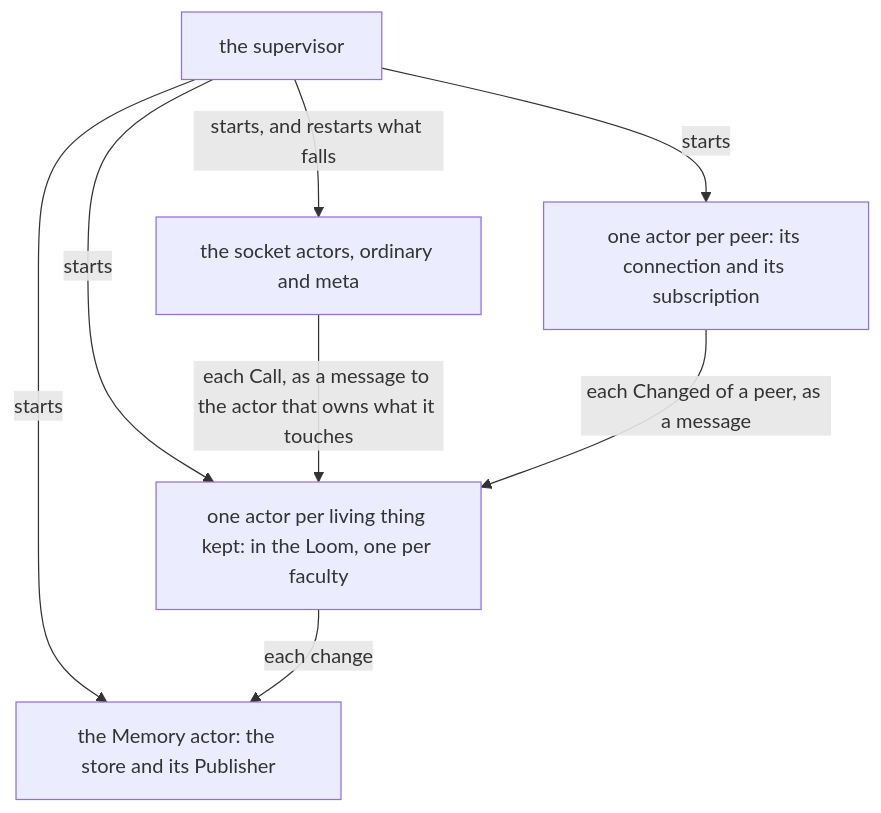
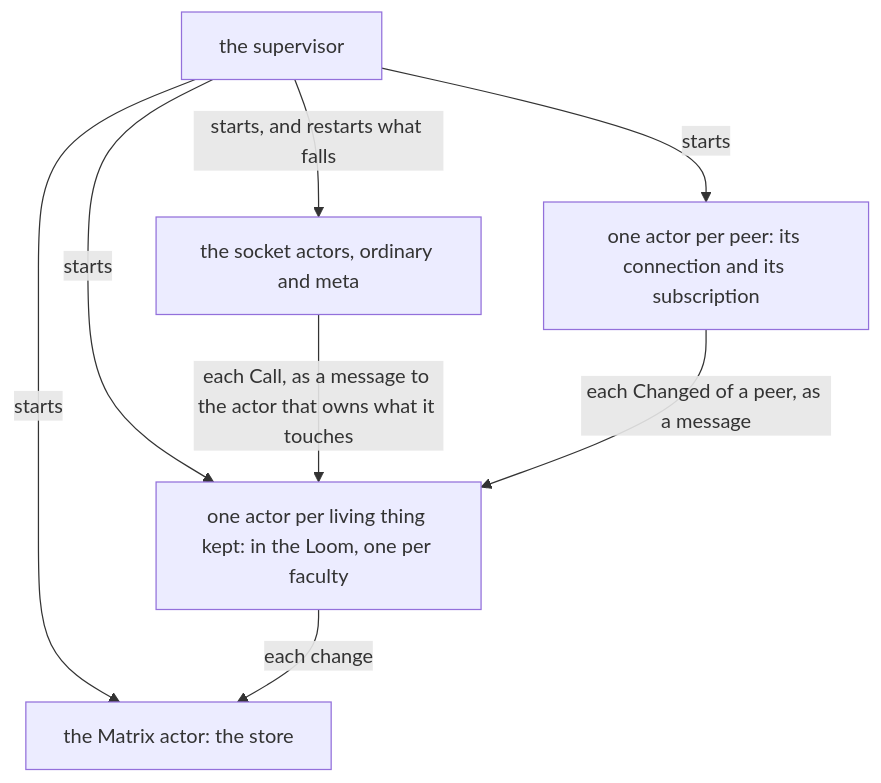
The second of 6 diagrams in notion/loom/0.md (LiGoldragon/mind-belief), drawn with Mermaid before and after one commit. The commit also changed other lines of this file and 4 other files, not shown here.

````diff
--- a/notion/loom/0.md
+++ b/notion/loom/0.md
@@ -32,10 +32,10 @@
 ```mermaid
 flowchart TB
     s["the supervisor"] -- "starts, and restarts what falls" --> k["the socket actors, ordinary and meta"]
-    s -- "starts" --> m["the Memory actor: the store and its Publisher"]
+    s -- "starts" --> m["the Matrix actor: the store"]
     s -- "starts" --> e["one actor per living thing kept: in the Loom, one per faculty"]
     s -- "starts" --> p["one actor per peer: its connection and its subscription"]
     k -- "each Call, as a message to the actor that owns what it touches" --> e
     e -- "each change" --> m
     p -- "each Changed of a peer, as a message" --> e
 ```
````
